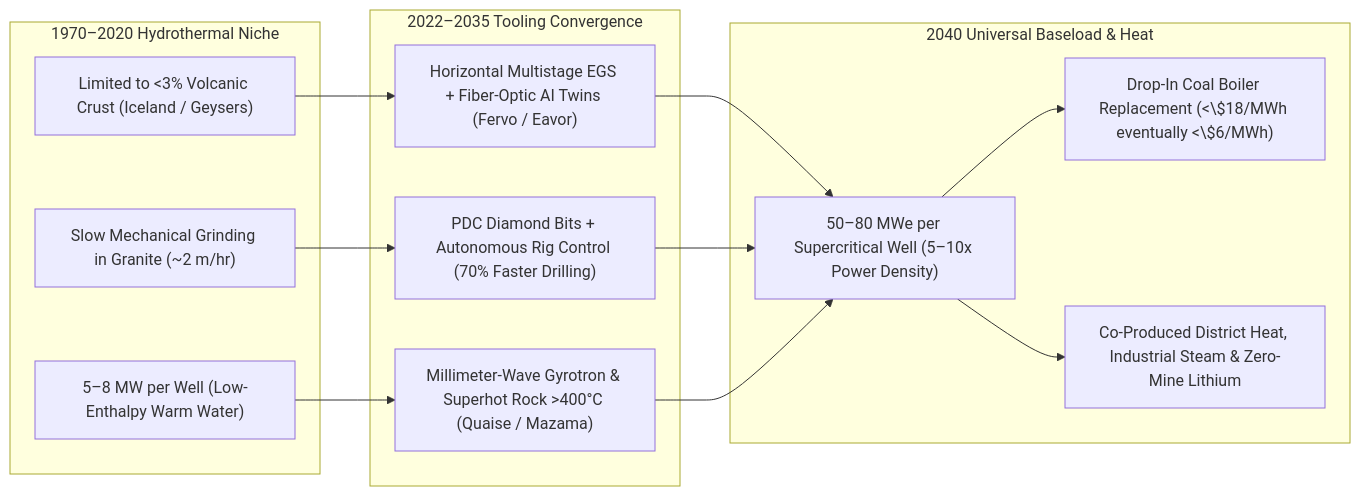
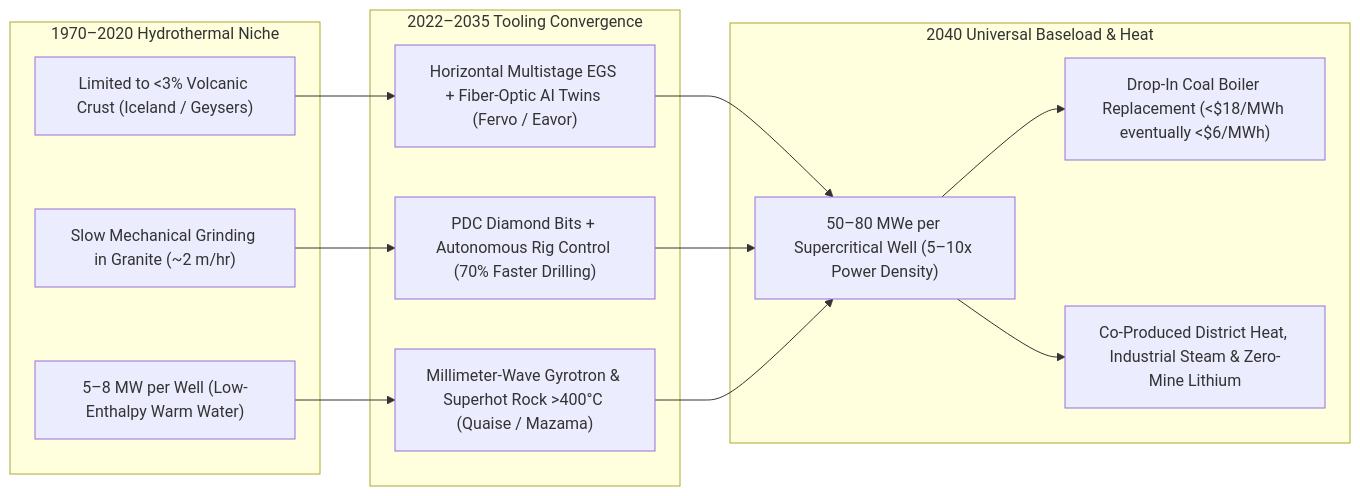
One commit to d-10-g/OneOfMany changed the first of 2 diagrams in vision-01-abundant-energy/01-geothermal/REPORT.md. Above: the diagram before and after it, drawn with Mermaid. The commit also changed other lines of this file and 23 other files, not shown here.

Commit message:
Fix Mermaid multi-subgraph blank-line parsing and KaTeX dollar escaping across all 85 pathways

````diff
--- a/vision-01-abundant-energy/01-geothermal/REPORT.md
+++ b/vision-01-abundant-energy/01-geothermal/REPORT.md
@@ -35,25 +35,25 @@
 ```mermaid
 flowchart LR
     subgraph Old["1970–2020 Hydrothermal Niche"]
         L1["Limited to <3% Volcanic Crust (Iceland / Geysers)"]
         L2["Slow Mechanical Grinding in Granite (~2 m/hr)"]
         L3["5–8 MW per Well (Low-Enthalpy Warm Water)"]
     end
 
     subgraph Convergence["2022–2035 Tooling Convergence"]
         C1["PDC Diamond Bits + Autonomous Rig Control (70% Faster Drilling)"]
         C2["Horizontal Multistage EGS + Fiber-Optic AI Twins (Fervo / Eavor)"]
         C3["Millimeter-Wave Gyrotron & Superhot Rock >400°C (Quaise / Mazama)"]
     end
 
     subgraph Future["2040 Universal Baseload & Heat"]
         F1["50–80 MWe per Supercritical Well (5–10x Power Density)"]
-        F2["Drop-In Coal Boiler Replacement (<\$18/MWh eventually <\$6/MWh)"]
+        F2["Drop-In Coal Boiler Replacement (<$18/MWh eventually <$6/MWh)"]
         F3["Co-Produced District Heat, Industrial Steam & Zero-Mine Lithium"]
     end
 
     L1 --> C2 --> F1
     L2 --> C1 --> F1
     L3 --> C3 --> F1
     F1 --> F2 & F3
 ```
````
